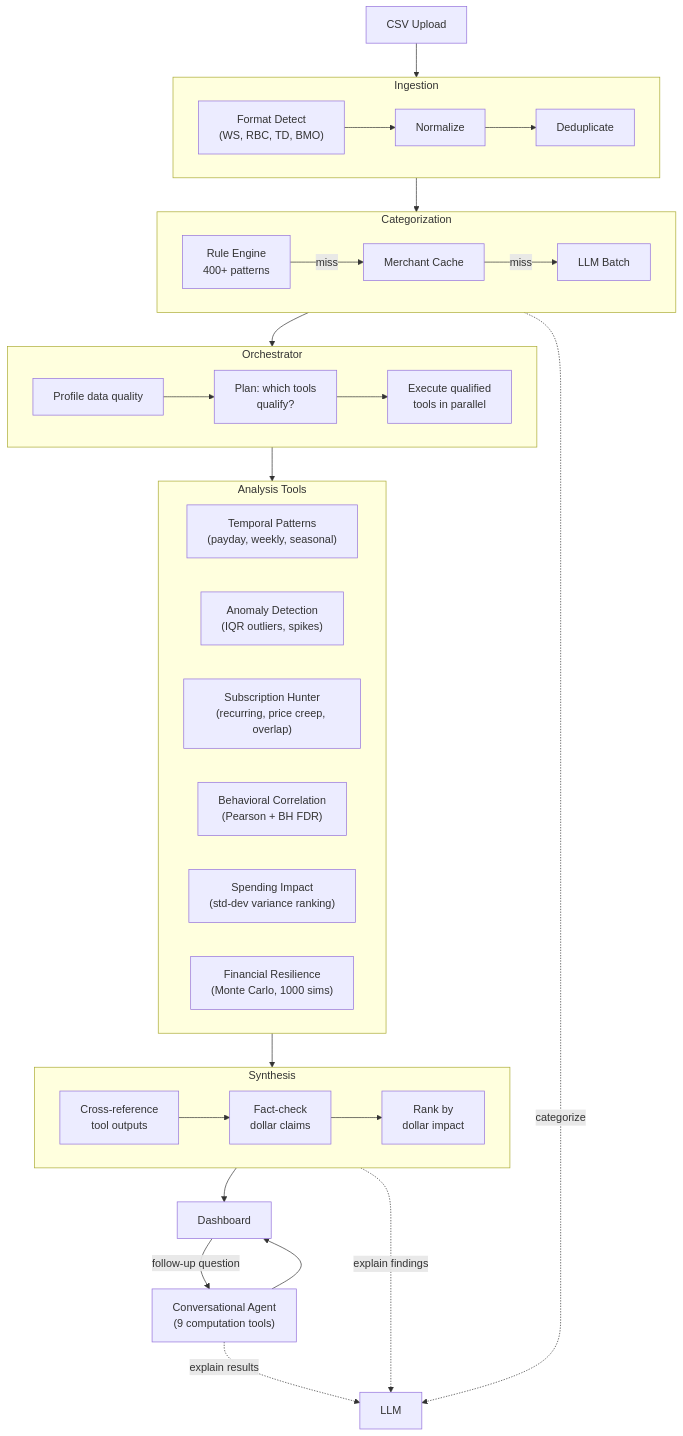
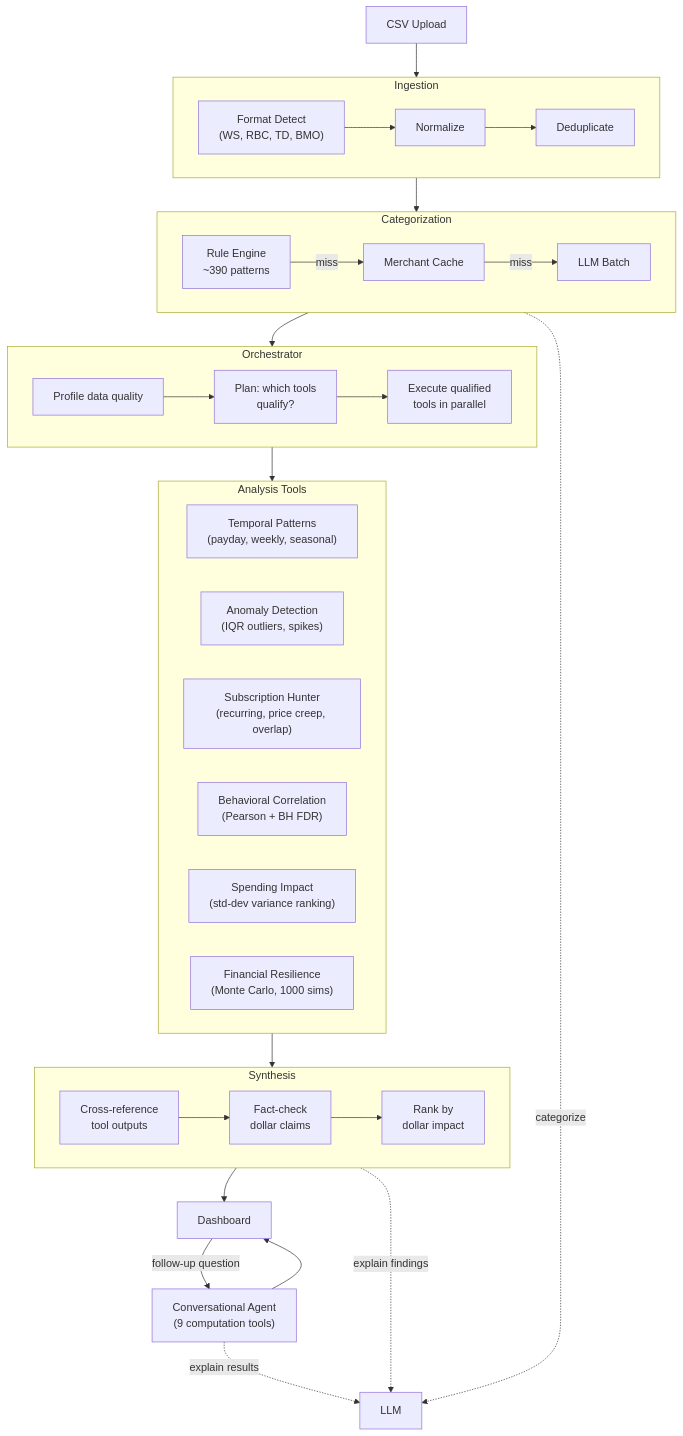
The first of 2 diagrams in README.md (Shirly8/Sift), drawn with Mermaid before and after one commit. The commit also changed other lines of this file, not shown here.

````diff
--- a/README.md
+++ b/README.md
@@ -7,41 +7,41 @@
 ```mermaid
 flowchart TD
     CSV["CSV Upload"]
 
     subgraph INGEST["Ingestion"]
         direction LR
         I1["Format Detect<br/>(WS, RBC, TD, BMO)"] --> I2["Normalize"] --> I3["Deduplicate"]
     end
 
     subgraph CAT["Categorization"]
         direction LR
-        C1["Rule Engine<br/>400+ patterns"] -->|miss| C2["Merchant Cache"] -->|miss| C3["LLM Batch"]
+        C1["Rule Engine<br/>~390 patterns"] -->|miss| C2["Merchant Cache"] -->|miss| C3["LLM Batch"]
     end
 
     subgraph AGENT["Orchestrator"]
         direction LR
         A1["Profile data quality"] --> A2["Plan: which tools<br/>qualify?"] --> A3["Execute qualified<br/>tools in parallel"]
     end
 
     subgraph TOOLS["Analysis Tools"]
         T1["Temporal Patterns<br/>(payday, weekly, seasonal)"]
         T2["Anomaly Detection<br/>(IQR outliers, spikes)"]
         T3["Subscription Hunter<br/>(recurring, price creep, overlap)"]
         T4["Behavioral Correlation<br/>(Pearson + BH FDR)"]
         T5["Spending Impact<br/>(std-dev variance ranking)"]
         T6["Financial Resilience<br/>(Monte Carlo, 1000 sims)"]
     end
 
     subgraph SYNTH["Synthesis"]
         direction LR
         S1["Cross-reference<br/>tool outputs"] --> S2["Fact-check<br/>dollar claims"] --> S3["Rank by<br/>dollar impact"]
     end
 
     CSV --> INGEST --> CAT --> AGENT --> TOOLS --> SYNTH --> DASH["Dashboard"]
     DASH -->|follow-up question| CONV["Conversational Agent<br/>(9 computation tools)"]
     CONV --> DASH
 
     C3 -.->|categorize| LLM["LLM"]
     SYNTH -.->|explain findings| LLM
     CONV -.->|explain results| LLM
 ```
````
